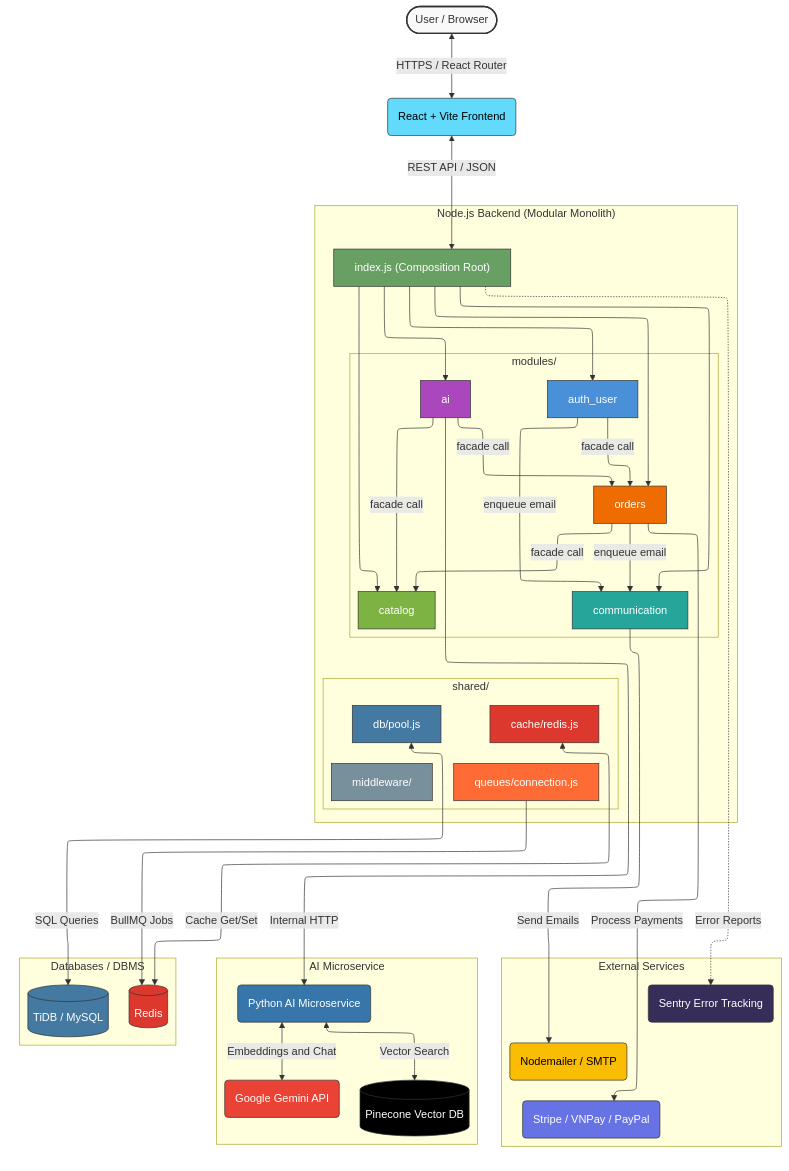
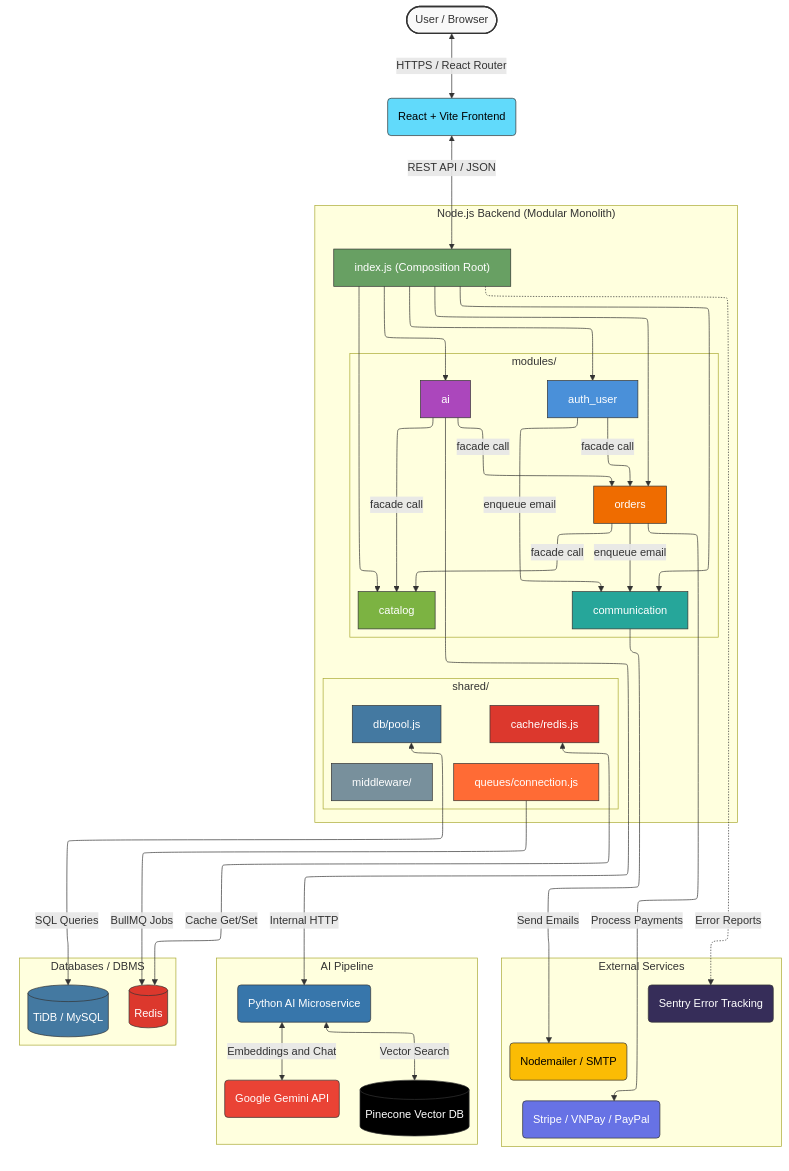
The first of 3 diagrams in README.md (dhp-exe/e-commercial-project), drawn with Mermaid before and after one commit. The commit also changed other lines of this file, not shown here.

Commit message:
docs: add Mermaid diagrams for hybrid RAG pipeline and BullMQ job processing

````diff
--- a/README.md
+++ b/README.md
@@ -96,82 +96,82 @@
 ```mermaid
 ---
 config:
   layout: elk
 ---
 flowchart TB
  subgraph ExternalServices["External Services"]
         Sentry("Sentry Error Tracking")
         EmailSMTP("Nodemailer / SMTP")
         Payments("Stripe / VNPay / PayPal")
   end
  subgraph s2["modules/"]
         AuthUser["auth_user"]
         Catalog["catalog"]
         Orders["orders"]
         Comm["communication"]
         AI["ai"]
   end
  subgraph s1["shared/"]
         Pool["db/pool.js"]
         RedisClient["cache/redis.js"]
         MW["middleware/"]
         QConn["queues/connection.js"]
   end
  subgraph subGraph2["Node.js Backend (Modular Monolith)"]
         CompositionRoot["index.js (Composition Root)"]
         s2
         s1
   end
- subgraph subGraph3["AI Microservice"]
+ subgraph subGraph3["AI Pipeline"]
         Gemini("Google Gemini API")
         AIService("Python AI Microservice")
         Pinecone[("Pinecone Vector DB")]
   end
  subgraph DBMS["Databases / DBMS"]
         TiDB[("TiDB / MySQL")]
         Redis[("Redis")]
   end
     Sentry ~~~ EmailSMTP & CompositionRoot
     EmailSMTP ~~~ Payments
     Pool ~~~ MW
     RedisClient ~~~ QConn
     User(["User / Browser"]) <-- HTTPS / React Router --> Frontend("React + Vite Frontend")
     Frontend <-- REST API / JSON --> CompositionRoot
     CompositionRoot --> AuthUser & Catalog & Orders & Comm & AI
     AuthUser -- facade call --> Orders
     Orders -- facade call --> Catalog
     Orders -- enqueue email --> Comm
     AuthUser -- enqueue email --> Comm
     AI -- facade call --> Catalog & Orders
     Catalog ~~~ Pool
     Pool <-- SQL Queries --> TiDB
     RedisClient <-- Cache Get/Set --> Redis
     AI -- Internal HTTP --> AIService
     CompositionRoot -. Error Reports .-> Sentry
     Comm -- Send Emails --> EmailSMTP
     Orders -- Process Payments --> Payments
     AIService <-- Embeddings and Chat --> Gemini
     AIService <-- Vector Search --> Pinecone
     QConn -- BullMQ Jobs --> Redis
     
     style Sentry fill:#362d59,stroke:#333,color:#fff
     style EmailSMTP fill:#fbbc04,stroke:#333,color:#000
     style Payments fill:#6772e5,stroke:#333,color:#fff
     style AuthUser fill:#4a90d9,stroke:#333,color:#fff
     style Catalog fill:#7cb342,stroke:#333,color:#fff
     style Orders fill:#ef6c00,stroke:#333,color:#fff
     style Comm fill:#26a69a,stroke:#333,color:#fff
     style AI fill:#ab47bc,stroke:#333,color:#fff
     style Pool fill:#4479a1,stroke:#333,color:#fff
     style RedisClient fill:#dc382d,stroke:#333,color:#fff
     style MW fill:#78909c,stroke:#333,color:#fff
     style QConn fill:#ff6b35,stroke:#333,color:#fff
     style CompositionRoot fill:#68a063,stroke:#333,color:#fff
     style Gemini fill:#ea4335,stroke:#333,color:#fff
     style AIService fill:#3776ab,stroke:#333,color:#fff
     style Pinecone fill:#000000,stroke:#333,color:#fff
     style TiDB fill:#4479a1,stroke:#333,color:#fff
     style Redis fill:#dc382d,stroke:#333,color:#fff
     style User fill:#f9f9f9,stroke:#333,stroke-width:2px
     style Frontend fill:#61dafb,stroke:#333,color:#000
 ```
````
